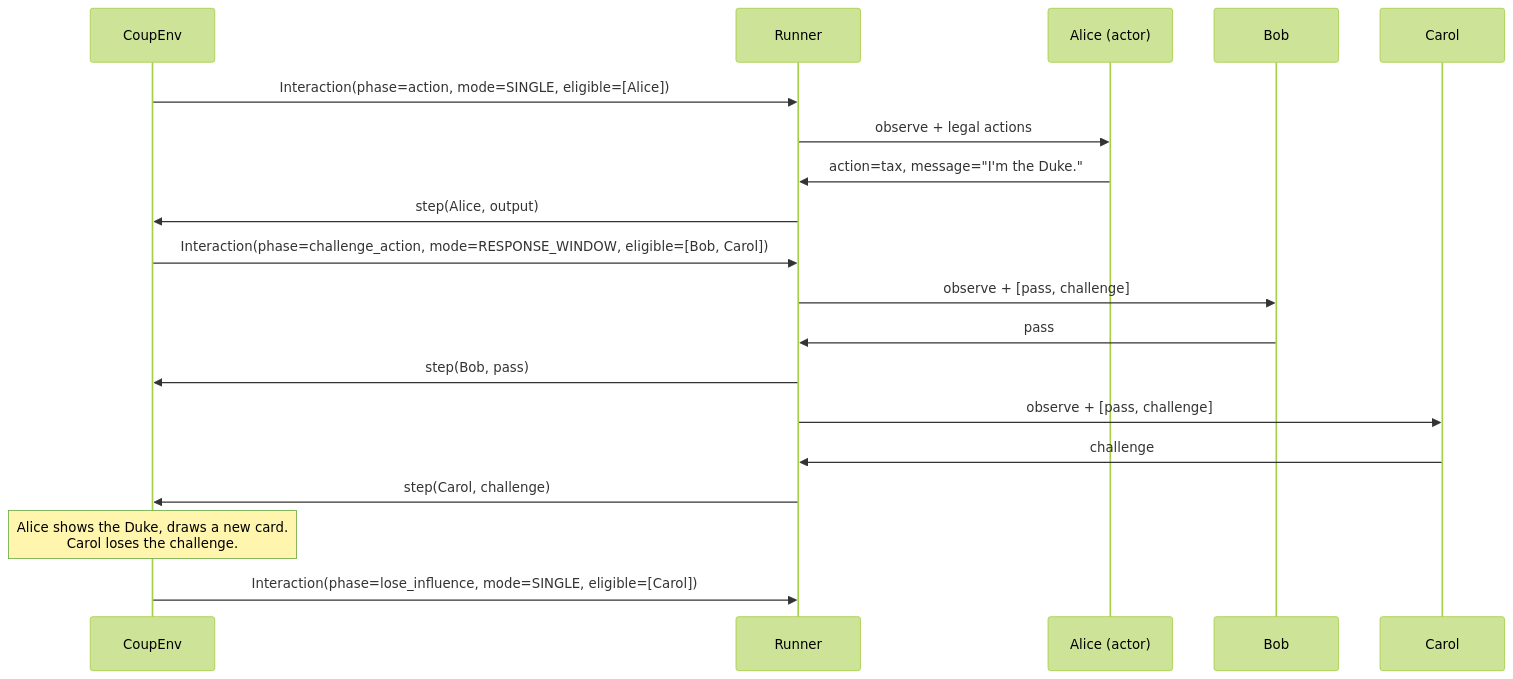
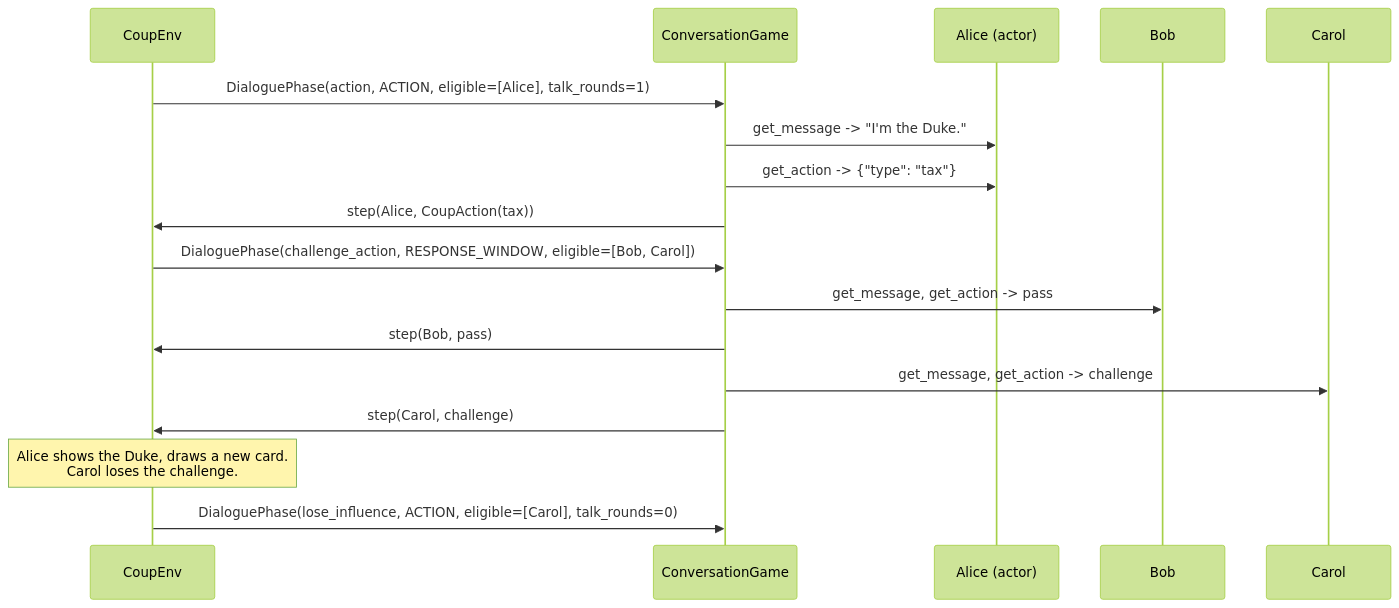
Before and after one commit to masatonaut/selfplay-worlds: the second of 3 diagrams in docs/architecture.md, drawn with Mermaid (forest theme). The commit also changed other lines of this file and 60 other files, not shown here.

First line of the commit message:
Redesign around GameEnv, Policy and ConversationGame

````diff
--- a/docs/architecture.md
+++ b/docs/architecture.md
@@ -101,21 +103,19 @@
 ```mermaid
 sequenceDiagram
     participant E as CoupEnv
-    participant R as Runner
+    participant G as ConversationGame
     participant A as Alice (actor)
     participant B as Bob
     participant C as Carol
-    E->>R: Interaction(phase=action, mode=SINGLE, eligible=[Alice])
-    R->>A: observe + legal actions
-    A->>R: action=tax, message="I'm the Duke."
-    R->>E: step(Alice, output)
-    E->>R: Interaction(phase=challenge_action, mode=RESPONSE_WINDOW, eligible=[Bob, Carol])
-    R->>B: observe + [pass, challenge]
-    B->>R: pass
-    R->>E: step(Bob, pass)
-    R->>C: observe + [pass, challenge]
-    C->>R: challenge
-    R->>E: step(Carol, challenge)
+    E->>G: DialoguePhase(action, ACTION, eligible=[Alice], talk_rounds=1)
+    G->>A: get_message -> "I'm the Duke."
+    G->>A: get_action -> {"type": "tax"}
+    G->>E: step(Alice, CoupAction(tax))
+    E->>G: DialoguePhase(challenge_action, RESPONSE_WINDOW, eligible=[Bob, Carol])
+    G->>B: get_message, get_action -> pass
+    G->>E: step(Bob, pass)
+    G->>C: get_message, get_action -> challenge
+    G->>E: step(Carol, challenge)
     Note over E: Alice shows the Duke, draws a new card.<br/>Carol loses the challenge.
-    E->>R: Interaction(phase=lose_influence, mode=SINGLE, eligible=[Carol])
+    E->>G: DialoguePhase(lose_influence, ACTION, eligible=[Carol], talk_rounds=0)
 ```
````
